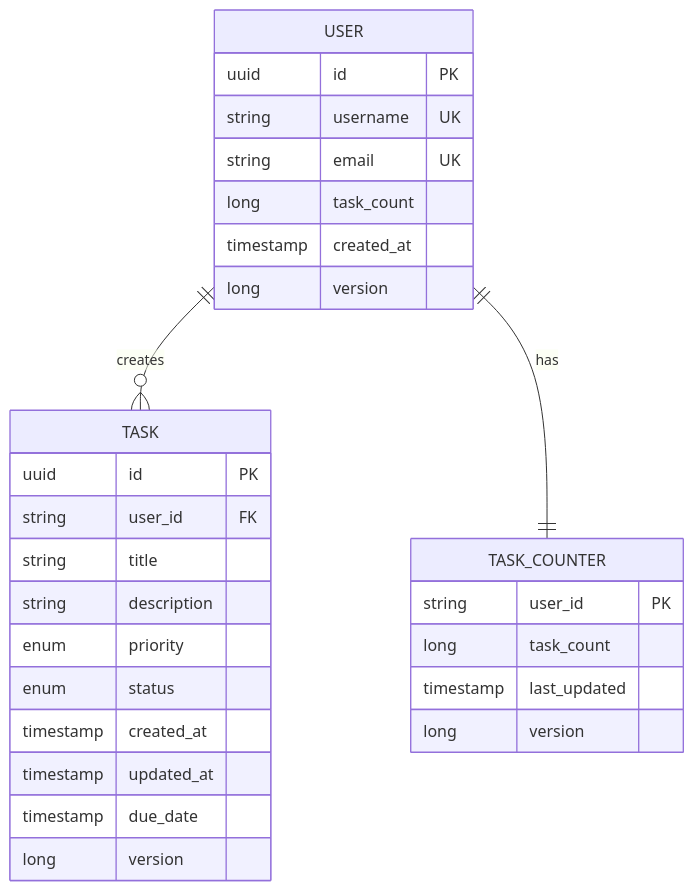
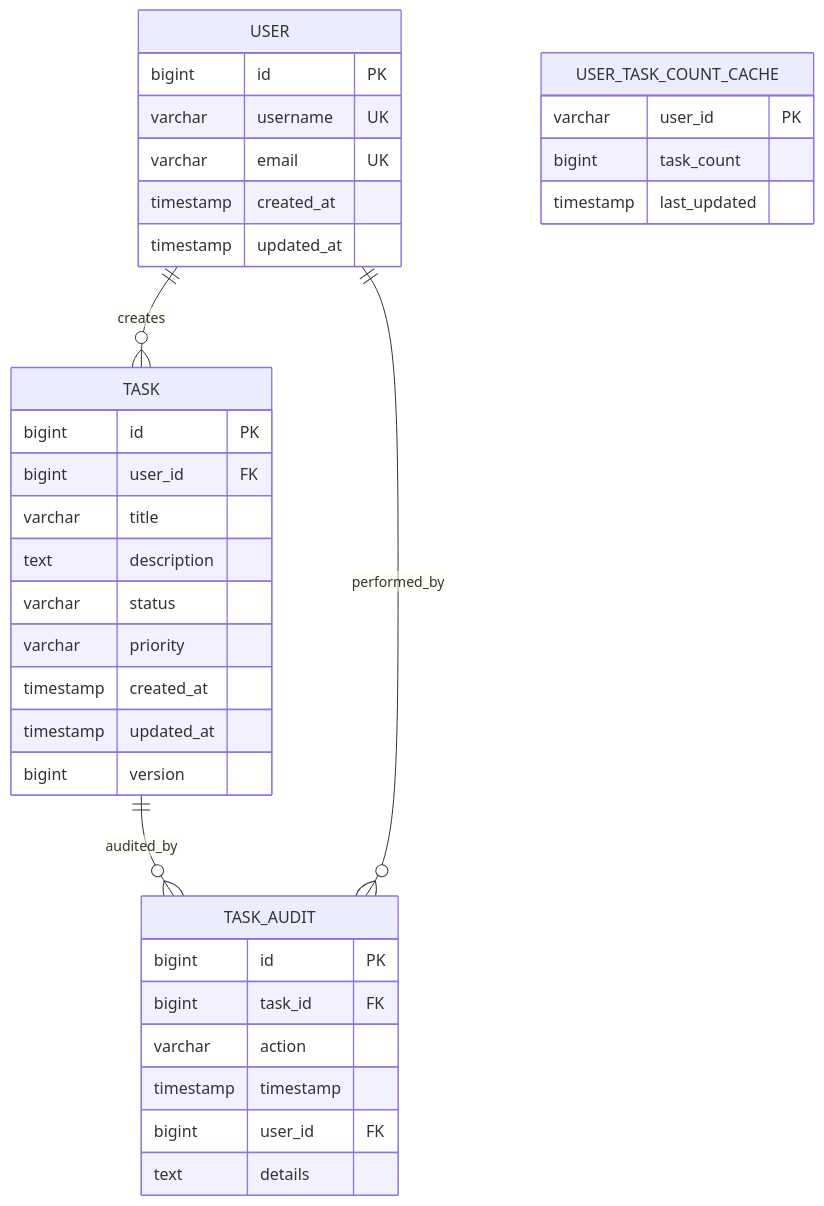
Before and after one commit to ThapaswiASC/SCIB-INCEPTION-PHASE-DEMO: the diagram in lld/lld_DEMO-757.md, drawn with Mermaid. The commit also changed other lines of this file, not shown here.

Commit message:
feat: Add SpringBoot LLD for DEMO-757 - Support creation of 10,000 tasks per user

````diff
--- a/lld/lld_DEMO-757.md
+++ b/lld/lld_DEMO-757.md
@@ -373,34 +449,41 @@
 ```mermaid
 erDiagram
     USER {
-        uuid id PK
-        string username UK
-        string email UK
-        long task_count
+        bigint id PK
+        varchar username UK
+        varchar email UK
         timestamp created_at
-        long version
+        timestamp updated_at
     }
     
     TASK {
-        uuid id PK
-        string user_id FK
-        string title
-        string description
-        enum priority
-        enum status
+        bigint id PK
+        bigint user_id FK
+        varchar title
+        text description
+        varchar status
+        varchar priority
         timestamp created_at
         timestamp updated_at
-        timestamp due_date
-        long version
+        bigint version
     }
     
-    TASK_COUNTER {
-        string user_id PK
-        long task_count
+    TASK_AUDIT {
+        bigint id PK
+        bigint task_id FK
+        varchar action
+        timestamp timestamp
+        bigint user_id FK
+        text details
+    }
+    
+    USER_TASK_COUNT_CACHE {
+        varchar user_id PK
+        bigint task_count
         timestamp last_updated
-        long version
     }
     
     USER ||--o{ TASK : creates
-    USER ||--|| TASK_COUNTER : has
+    TASK ||--o{ TASK_AUDIT : audited_by
+    USER ||--o{ TASK_AUDIT : performed_by
 ```
````
